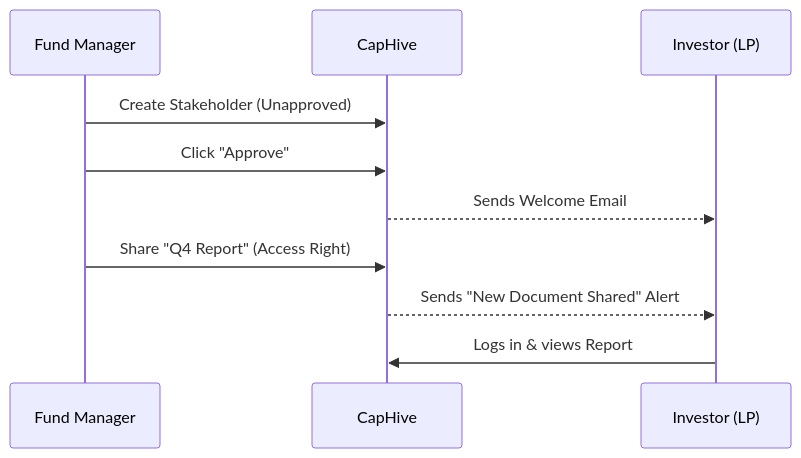
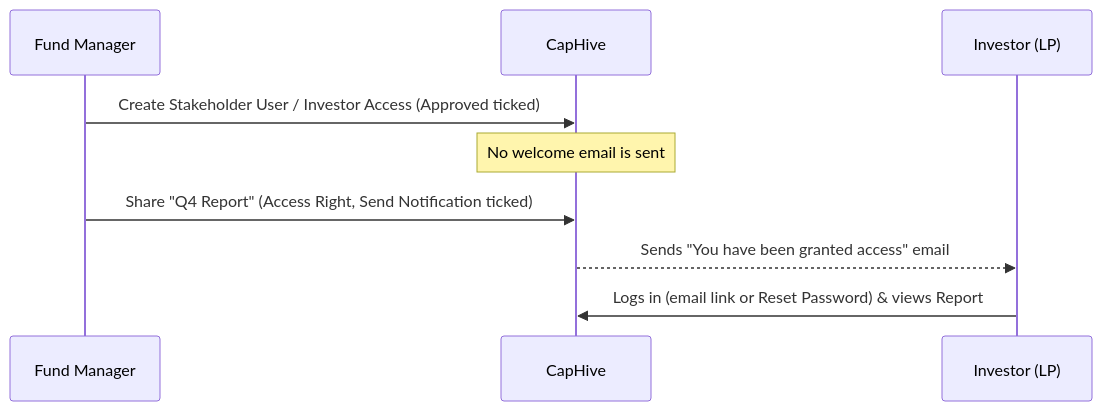
One commit to sampadadiwan/IRM_CompanyMain changed the third of 3 diagrams in docs/user_guides/investor_access_tutorial.md. Above: the diagram before and after it, drawn with Mermaid. The commit also changed other lines of this file and 135 other files, not shown here.

````diff
--- a/docs/user_guides/investor_access_tutorial.md
+++ b/docs/user_guides/investor_access_tutorial.md
@@ -188,13 +199,12 @@
 ```mermaid
 sequenceDiagram
     participant FM as Fund Manager
     participant System as CapHive
     participant LP as Investor (LP)
 
-    FM->>System: Create Stakeholder (Unapproved)
-    FM->>System: Click "Approve"
-    System-->>LP: Sends Welcome Email
-    FM->>System: Share "Q4 Report" (Access Right)
-    System-->>LP: Sends "New Document Shared" Alert
-    LP->>System: Logs in & views Report
+    FM->>System: Create Stakeholder User / Investor Access (Approved ticked)
+    Note over System: No welcome email is sent
+    FM->>System: Share "Q4 Report" (Access Right, Send Notification ticked)
+    System-->>LP: Sends "You have been granted access" email
+    LP->>System: Logs in (email link or Reset Password) & views Report
 ```
````
